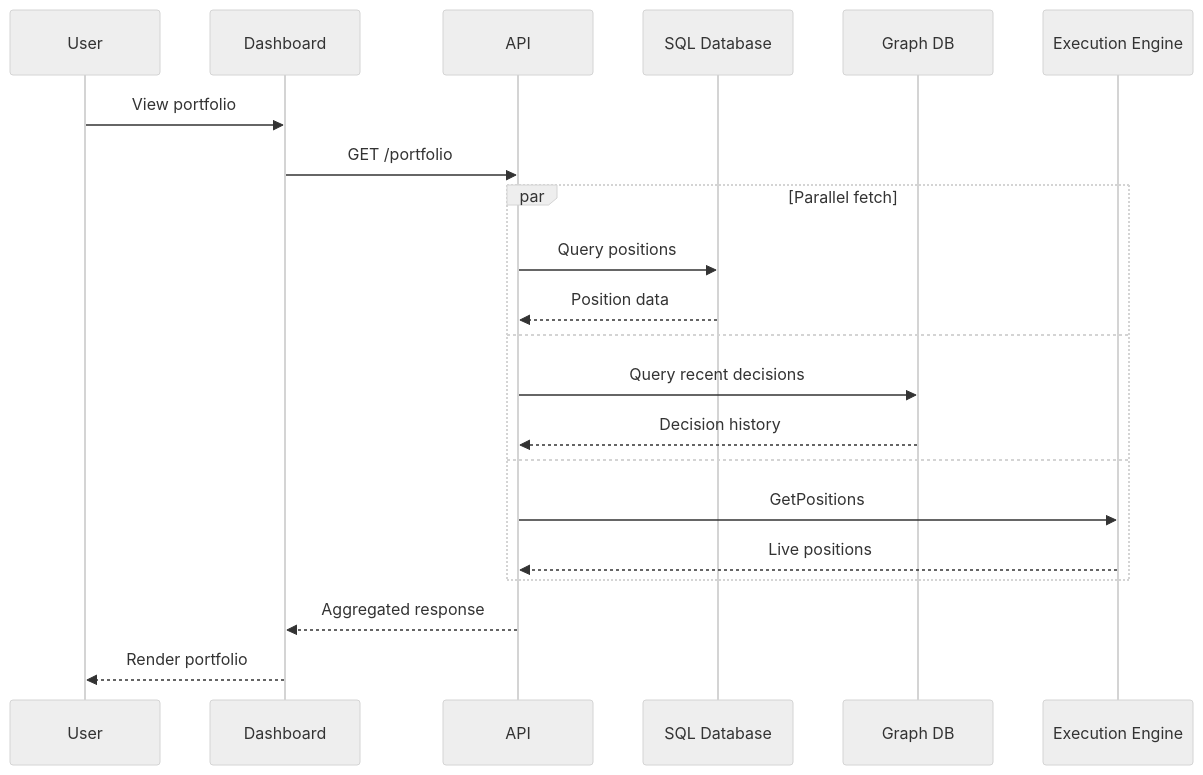
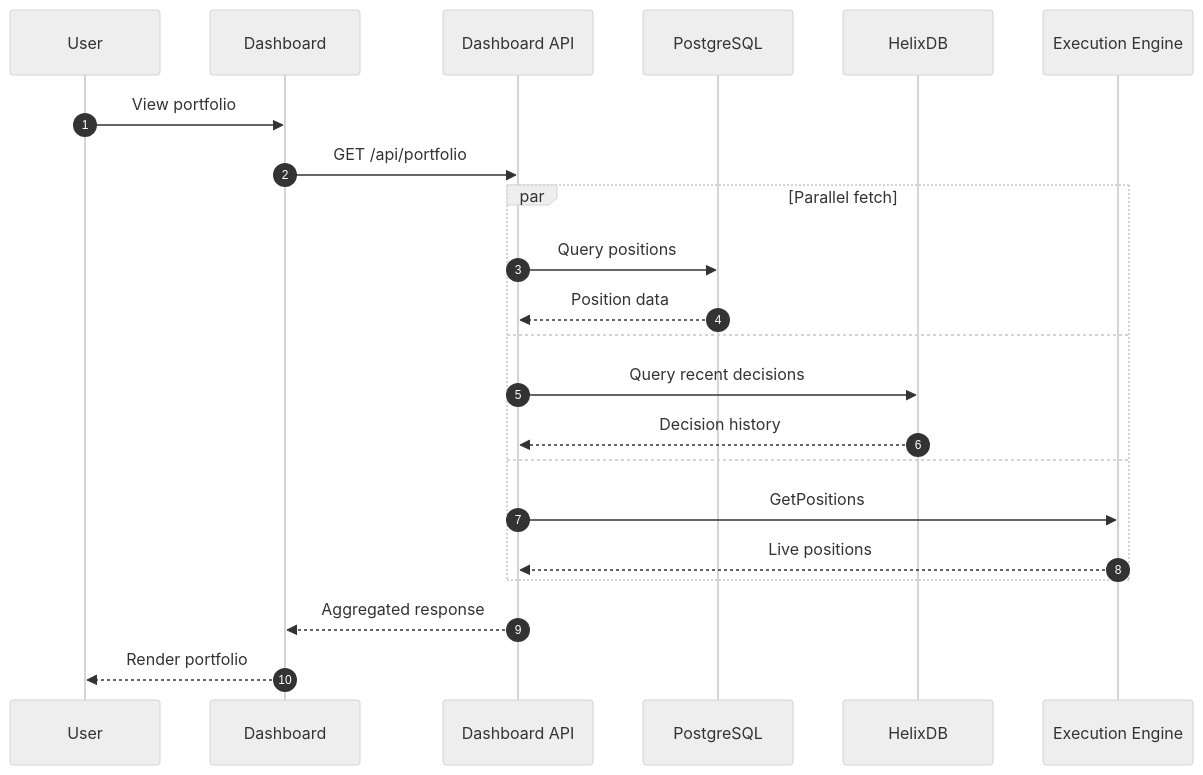
Before and after one commit to ccheney/cream: the fifth of 15 diagrams in ARCHITECTURE.md, drawn with Mermaid (neutral theme). The commit also changed other lines of this file and 30 other files, not shown here.

First line of the commit message:
feat(storage): enhance README with architecture, environment isolation, and repository patterns

````diff
--- a/ARCHITECTURE.md
+++ b/ARCHITECTURE.md
@@ -220,26 +259,27 @@
 ```mermaid
 sequenceDiagram
+    autonumber
     participant U as User
     participant D as Dashboard
-    participant A as API
-    participant SQL as SQL Database
-    participant G as Graph DB
+    participant A as Dashboard API
+    participant SQL as PostgreSQL
+    participant G as HelixDB
     participant E as Execution Engine
 
     U->>D: View portfolio
-    D->>A: GET /portfolio
+    D->>A: GET /api/portfolio
 
     par Parallel fetch
         A->>SQL: Query positions
         SQL-->>A: Position data
     and
         A->>G: Query recent decisions
         G-->>A: Decision history
     and
         A->>E: GetPositions
         E-->>A: Live positions
     end
 
     A-->>D: Aggregated response
     D-->>U: Render portfolio
 ```
````
